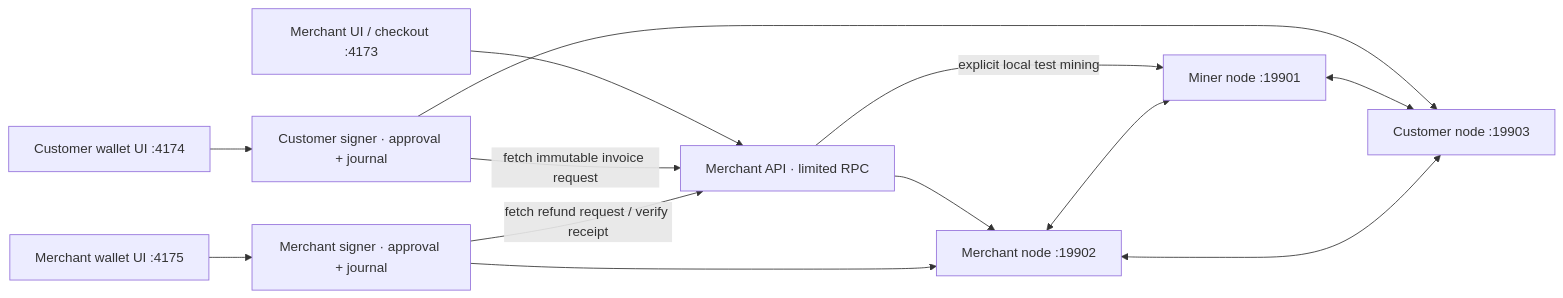
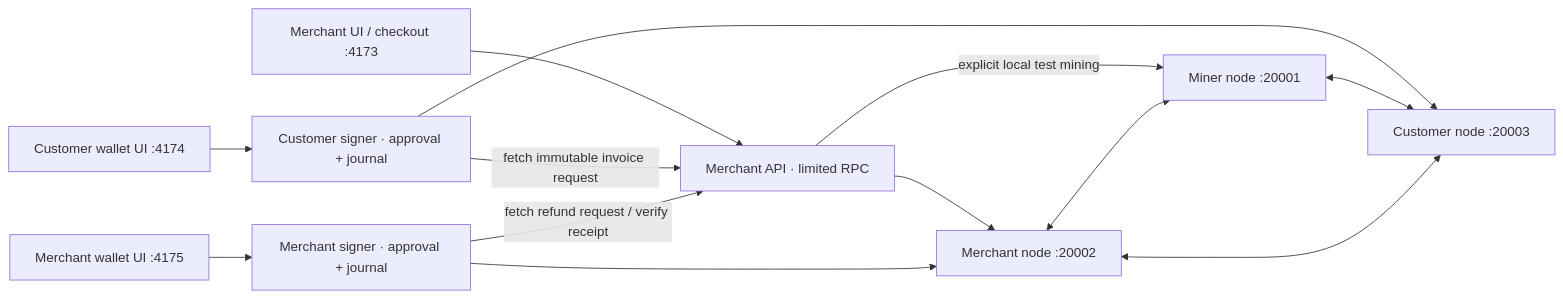
The diagram in payments/docs/ARCHITECTURE.md (leynasis/atlas-pay-core), drawn with Mermaid before and after one commit. The commit also changed other lines of this file and 69 other files, not shown here.

````diff
--- a/payments/docs/ARCHITECTURE.md
+++ b/payments/docs/ARCHITECTURE.md
@@ -5,15 +5,15 @@
 ```mermaid
 flowchart LR
   Dashboard["Merchant UI / checkout :4173"] --> API["Merchant API · limited RPC"]
   Buyer["Customer wallet UI :4174"] --> BuyerSigner["Customer signer · approval + journal"]
   Refund["Merchant wallet UI :4175"] --> RefundSigner["Merchant signer · approval + journal"]
   BuyerSigner -->|fetch immutable invoice request| API
   RefundSigner -->|fetch refund request / verify receipt| API
-  API --> Merchant["Merchant node :19902"]
-  BuyerSigner --> Customer["Customer node :19903"]
+  API --> Merchant["Merchant node :20002"]
+  BuyerSigner --> Customer["Customer node :20003"]
   RefundSigner --> Merchant
-  API -->|explicit local test mining| Miner["Miner node :19901"]
+  API -->|explicit local test mining| Miner["Miner node :20001"]
   Customer <--> Merchant
   Merchant <--> Miner
   Miner <--> Customer
 ```
````
